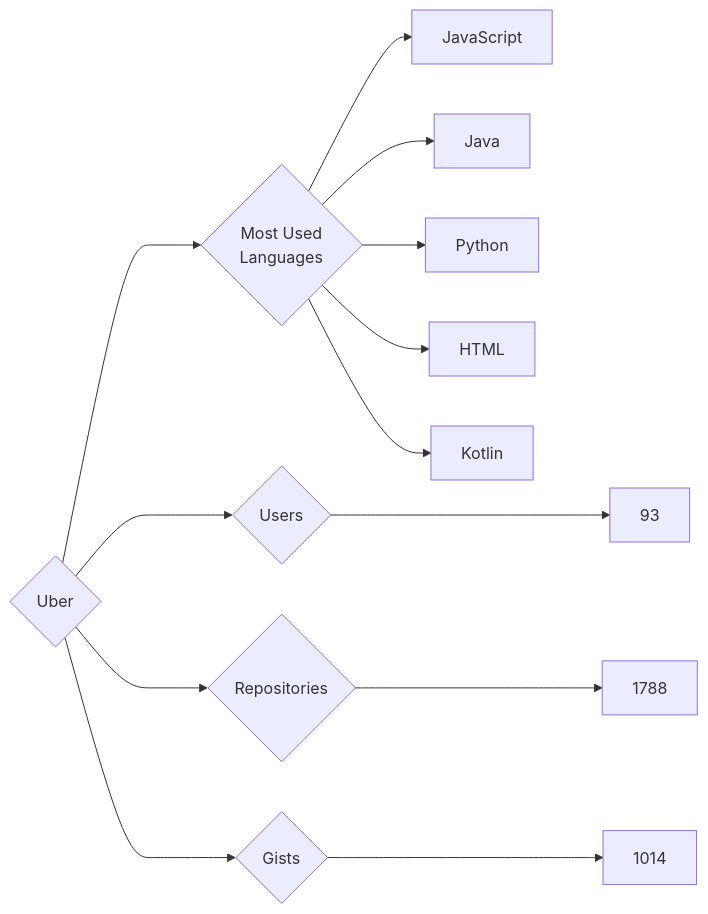
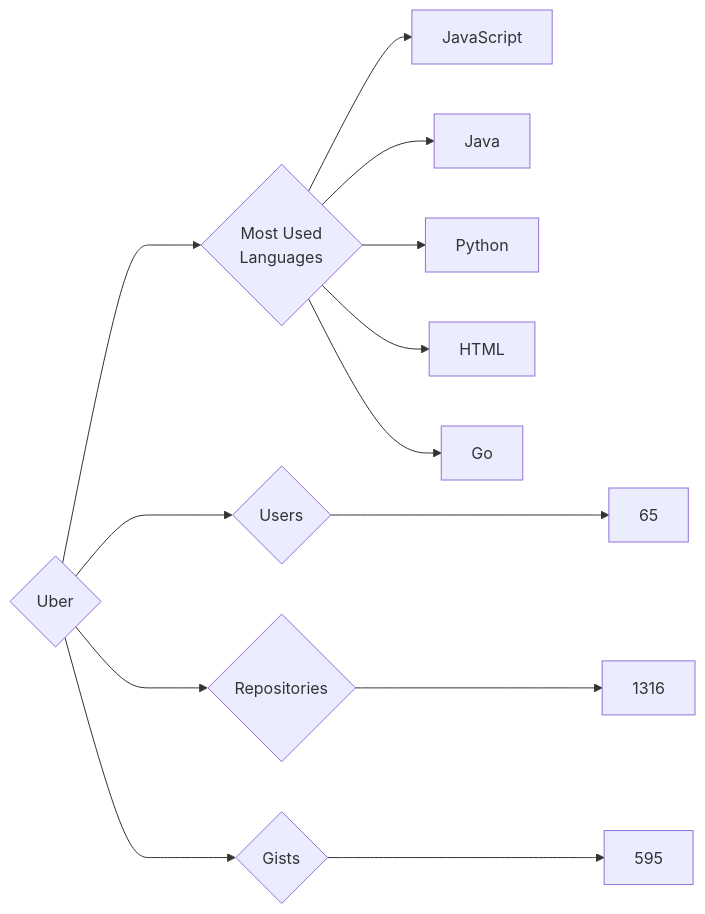
One commit to trickest/insiders changed the diagram in targets/Uber/README.md. Above: the diagram before and after it, drawn with Mermaid. The commit also changed 728 other files, not shown here.

````diff
--- a/targets/Uber/README.md
+++ b/targets/Uber/README.md
@@ -3,13 +3,13 @@
 ```mermaid
 graph LR
 COMPANY_NAME{Uber}
-COMPANY_NAME ---> U{Users} ---> UN[93]
-COMPANY_NAME ---> R{Repositories} ---> RN[1788]
-COMPANY_NAME ---> G{Gists} ---> GN[1014]
+COMPANY_NAME ---> U{Users} ---> UN[65]
+COMPANY_NAME ---> R{Repositories} ---> RN[1316]
+COMPANY_NAME ---> G{Gists} ---> GN[595]
 COMPANY_NAME ---> ML{Most Used<br>Languages}
 ML --> JavaScript[JavaScript]
 ML --> Java[Java]
 ML --> Python[Python]
 ML --> HTML[HTML]
-ML --> Kotlin[Kotlin]
+ML --> Go[Go]
 ```
````
